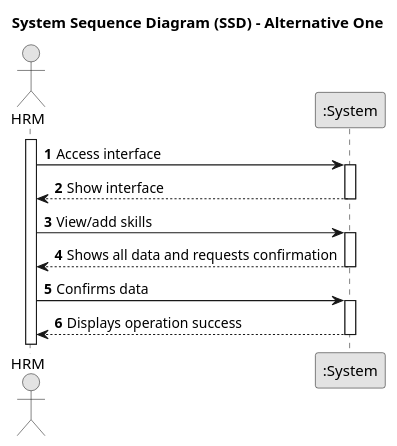
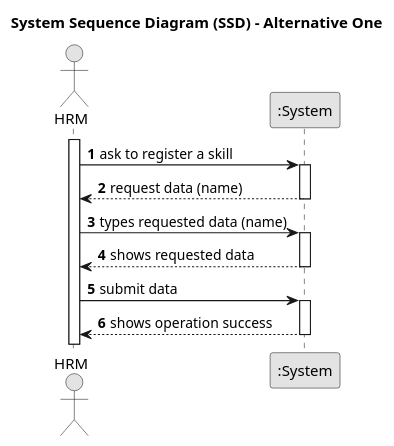
The diagram in docs/sprintB/us001/01.requirements-engineering/puml/us001-system-sequence-diagram-alternative-one.puml (SAEmanuel/Green_Spaces_Management_ISEP), drawn with PlantUML before and after one commit.

Commit message:
US001 - requirements engineer pmul v2.1.0

```diff
--- a/docs/sprintB/us001/01.requirements-engineering/puml/us001-system-sequence-diagram-alternative-one.puml
+++ b/docs/sprintB/us001/01.requirements-engineering/puml/us001-system-sequence-diagram-alternative-one.puml
@@ -1,35 +1,35 @@
 @startuml
 skinparam monochrome true
 skinparam packageStyle rectangle
 skinparam shadowing false
 
 title System Sequence Diagram (SSD) - Alternative One
 
 autonumber
 
 actor "HRM" as Employee
 participant ":System" as System
 
 
 activate Employee
 
-    Employee -> System : Access interface
+    Employee -> System : ask to register a skill
     activate System
 
-        System --> Employee : Show interface
+        System --> Employee : request data (name)
     deactivate System
 
-    Employee -> System : View/add skills
+    Employee -> System : types requested data (name)
 
     activate System
 
-        System --> Employee : Shows all data and requests confirmation
+        System --> Employee : shows requested data
     deactivate System
 
-    Employee -> System : Confirms data
+    Employee -> System : submit data
     activate System
 
-        System --> Employee : Displays operation success
+        System --> Employee :shows operation success
     deactivate System
 
 @enduml
```
